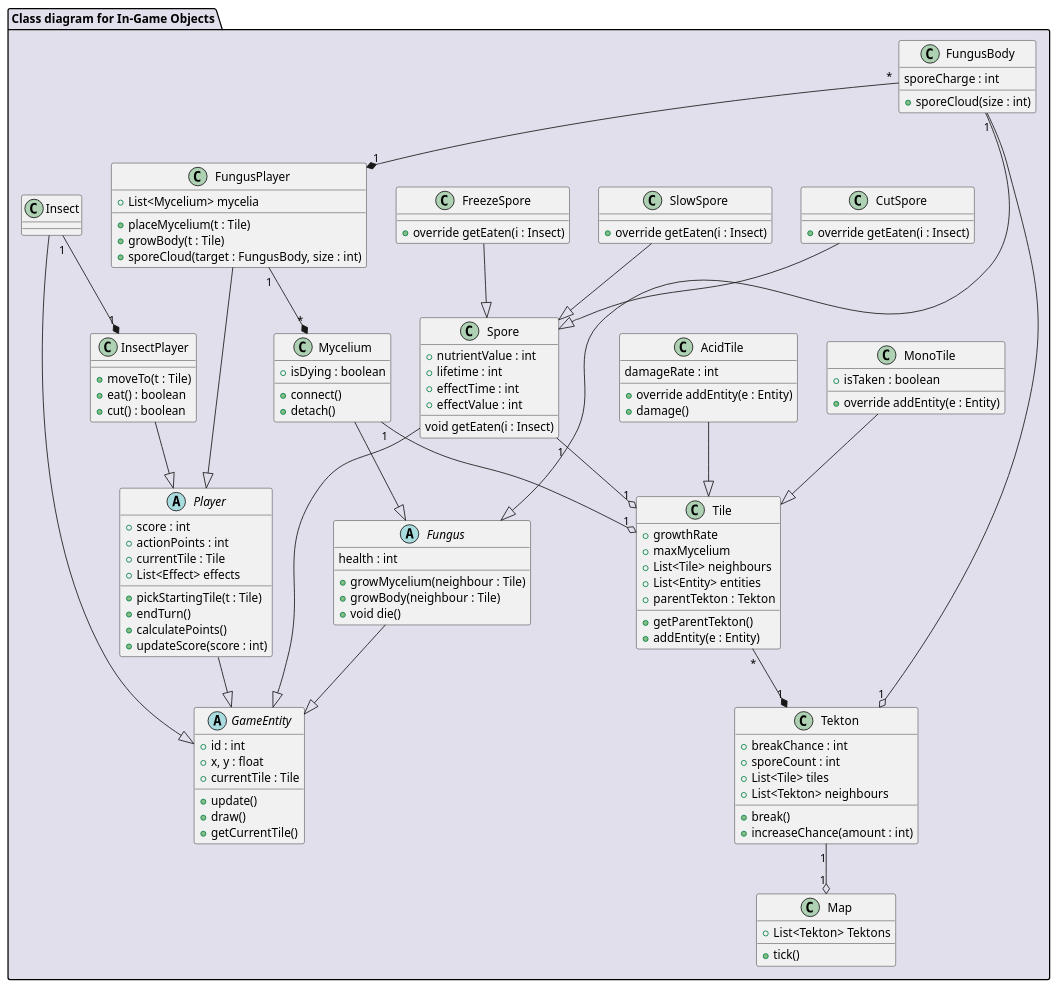
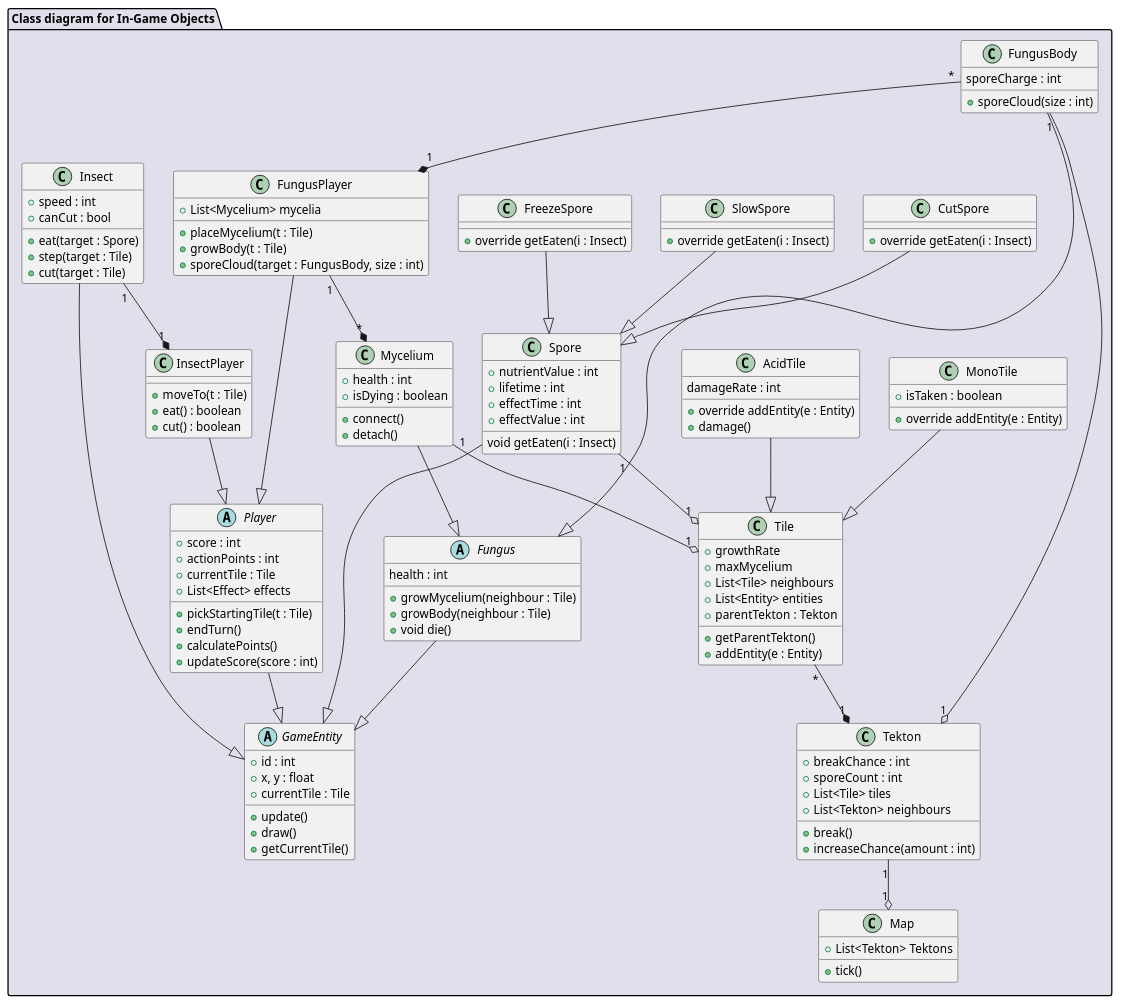
One commit to Harcipan/Projlab_nullpointerexception changed the diagram in diagrams/diagramFiles/CD_InGameObjects.puml. Above: the diagram before and after it, drawn with PlantUML.

```diff
--- a/diagrams/diagramFiles/CD_InGameObjects.puml
+++ b/diagrams/diagramFiles/CD_InGameObjects.puml
@@ -1,146 +1,151 @@
 @startuml CD_InGameObjects
 
 package "Class diagram for In-Game Objects" #E1DFEB {
     
     'world elements'
 
     class Map {
         + List<Tekton> Tektons
         + tick()
     }
 
     class Tekton {
         + breakChance : int
         + sporeCount : int
         + List<Tile> tiles
         + List<Tekton> neighbours
         + break()
         + increaseChance(amount : int)
     }
 
     class Tile {
         + growthRate
         + maxMycelium
         + List<Tile> neighbours
         + List<Entity> entities
         + parentTekton : Tekton
         + getParentTekton()
         + addEntity(e : Entity)
     }
 
     class MonoTile {
         + isTaken : boolean
         + override addEntity(e : Entity)
     }
 
     class AcidTile {
         damageRate : int
         + override addEntity(e : Entity)
         + damage()
     }
     'interactive elements'
 
     abstract class GameEntity {
         + id : int
         + x, y : float
         + update()
         + draw()
         + currentTile : Tile
         + getCurrentTile()
     }
 
     class Mycelium {
+        + health : int
         + isDying : boolean
         + connect()
         + detach()
     }
 
     class Spore {
         + nutrientValue : int
         + lifetime : int
         + effectTime : int
         + effectValue : int
         void getEaten(i : Insect)
     }
 
     class SlowSpore {
         + override getEaten(i : Insect)
     }
 
     class FreezeSpore {
         + override getEaten(i : Insect)
     }
 
     class CutSpore {
         + override getEaten(i : Insect)
     }
 
     'playable elements'
 
     abstract class Player {
         + score : int
         + actionPoints : int
         + currentTile : Tile
         + List<Effect> effects
         + pickStartingTile(t : Tile)
         + endTurn()
         + calculatePoints()
         + updateScore(score : int)
     }
 
 
     class FungusPlayer {
         + List<Mycelium> mycelia
         + placeMycelium(t : Tile)
         + growBody(t : Tile)
         + sporeCloud(target : FungusBody, size : int)
     }
 
     abstract class Fungus {
         health : int
         + growMycelium(neighbour : Tile)
         + growBody(neighbour : Tile)
         + void die()
     }
 
     class FungusBody {
         sporeCharge : int
         + sporeCloud(size : int)
     }
     
     class InsectPlayer {
         + moveTo(t : Tile)
         + eat() : boolean
         + cut() : boolean
     }
 
     class Insect {
-
+        + speed : int
+        + canCut : bool
+        + eat(target : Spore)
+        + step(target : Tile)
+        + cut(target : Tile)
     }
 
     'connections'
 
     Player --|> GameEntity
     Spore --|> GameEntity
     SlowSpore --|> Spore
     FreezeSpore --|> Spore
     CutSpore --|> Spore
     Tekton "1" --o "1" Map
     FungusBody "1" --o "1" Tekton
     Tile "*" --* "1" Tekton
     MonoTile --|> Tile
     AcidTile --|> Tile
     Mycelium "1" --o "1" Tile
     Mycelium --|> Fungus
     FungusBody --|> Fungus
     Fungus --|> GameEntity
     Insect --|> GameEntity
     Spore "1" --o "1" Tile
     FungusPlayer --|> Player
     FungusPlayer "1" --* "*" Mycelium
     InsectPlayer --|> Player
     Insect "1" --* "1" InsectPlayer
     FungusBody "*" --* "1" FungusPlayer
 }
 
 @enduml
```
